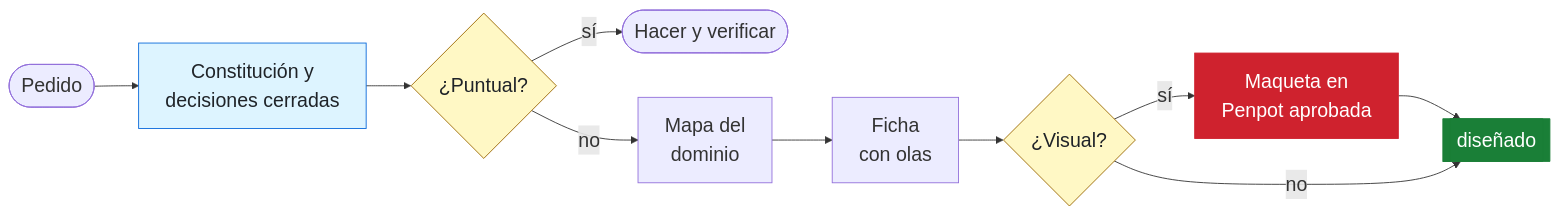
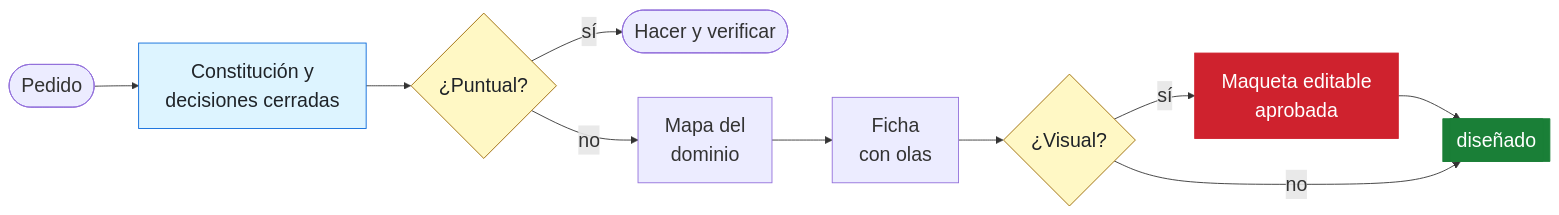
Before and after one commit to arielelevy/fdd: the first of 2 diagrams in README.md, drawn with Mermaid. The commit also changed other lines of this file and 2 other files, not shown here.

````diff
--- a/README.md
+++ b/README.md
@@ -117,22 +118,22 @@
 ```mermaid
 %%{init: {"themeVariables": {"fontSize": "22px"}}}%%
 flowchart LR
     A(["Pedido"]) --> K["Constitución y<br/>decisiones cerradas"]
     K --> B{"¿Puntual?"}
     B -- "sí" --> C(["Hacer y verificar"])
     B -- "no" --> D["Mapa del<br/>dominio"]
     D --> E["Ficha<br/>con olas"]
     E --> V{"¿Visual?"}
-    V -- "sí" --> M["Maqueta en<br/>Penpot aprobada"]
+    V -- "sí" --> M["Maqueta editable<br/>aprobada"]
     M --> F[["diseñado"]]
     V -- "no" --> F
 
     classDef hito fill:#1a7f37,stroke:#1a7f37,color:#ffffff
     classDef decision fill:#fff8c5,stroke:#9a6700,color:#1f2328
     classDef regla fill:#ddf4ff,stroke:#0969da,color:#1f2328
     classDef humano fill:#cf222e,stroke:#cf222e,color:#ffffff
     class F hito
     class K regla
     class B,V decision
     class M humano
 ```
````
